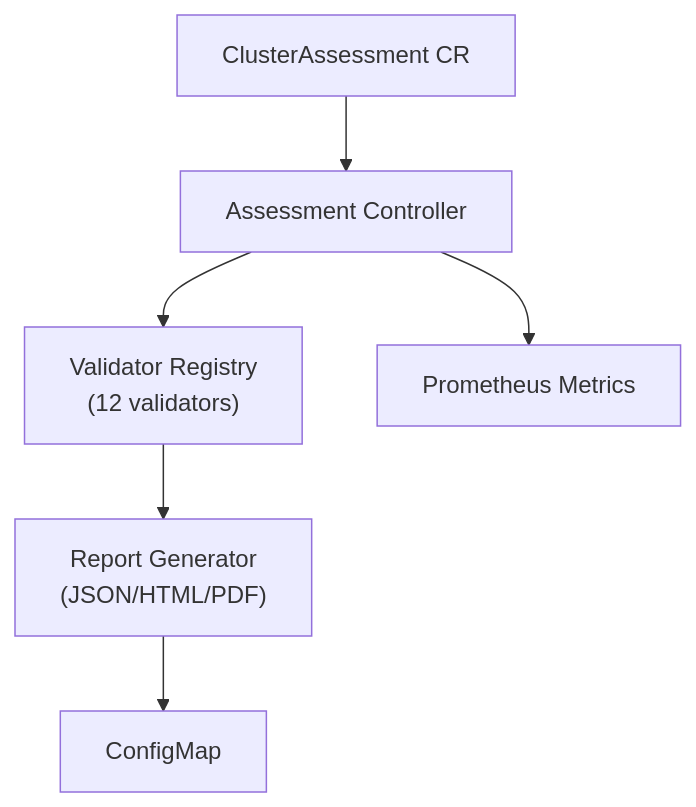
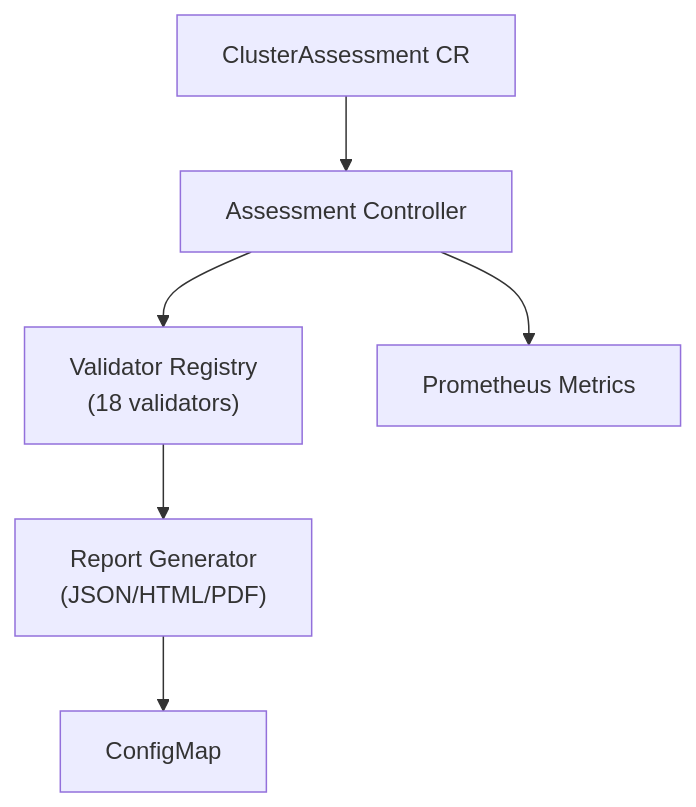
The diagram in README.md (DiegoBskt/cluster-assessment-operator), drawn with Mermaid before and after one commit. The commit also changed other lines of this file and 2 other files, not shown here.

Commit message:
feat: Update operator to v1.2.9, increase validator count to 18, and introduce OpenShift Dynamic Console Plugin.

````diff
--- a/README.md
+++ b/README.md
@@ -325,8 +325,8 @@
 ```mermaid
 flowchart TB
     CR["ClusterAssessment CR"] --> Controller["Assessment Controller"]
-    Controller --> Registry["Validator Registry\n(12 validators)"]
+    Controller --> Registry["Validator Registry\n(18 validators)"]
     Registry --> Reporter["Report Generator\n(JSON/HTML/PDF)"]
     Reporter --> ConfigMap["ConfigMap"]
     Controller --> Metrics["Prometheus Metrics"]
 ```
````
